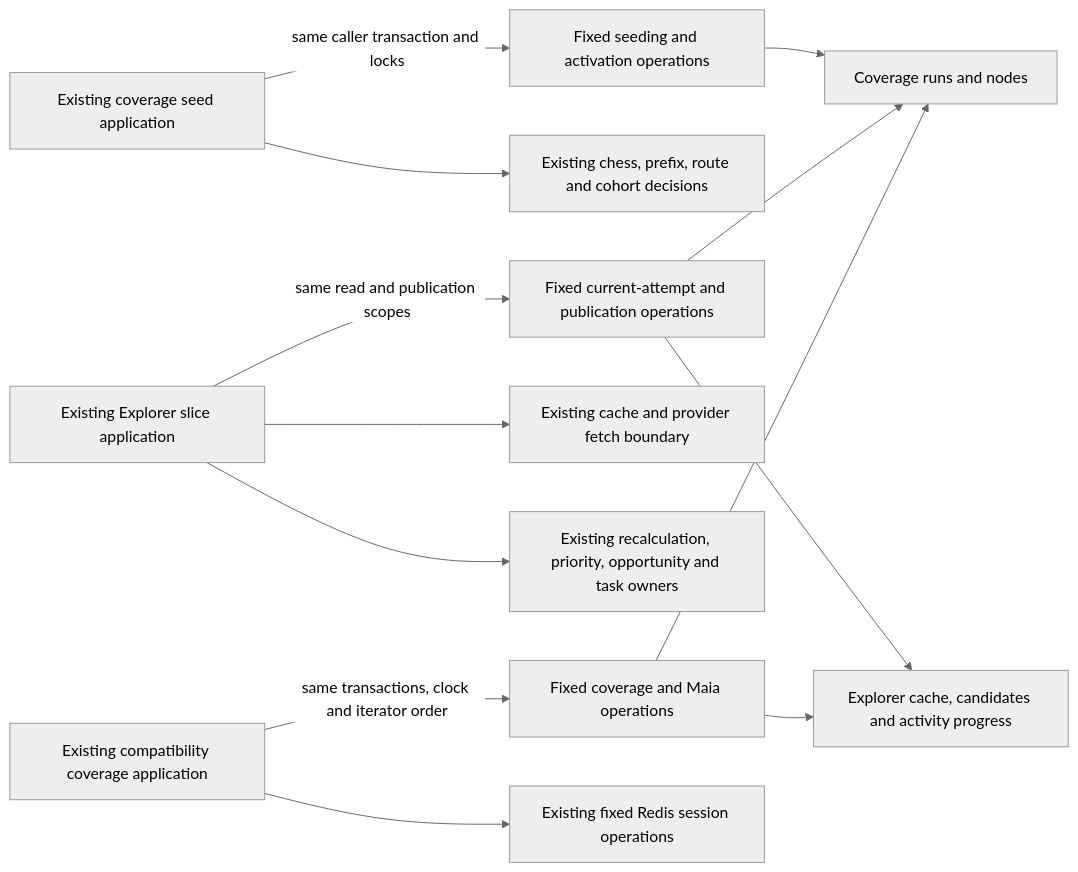
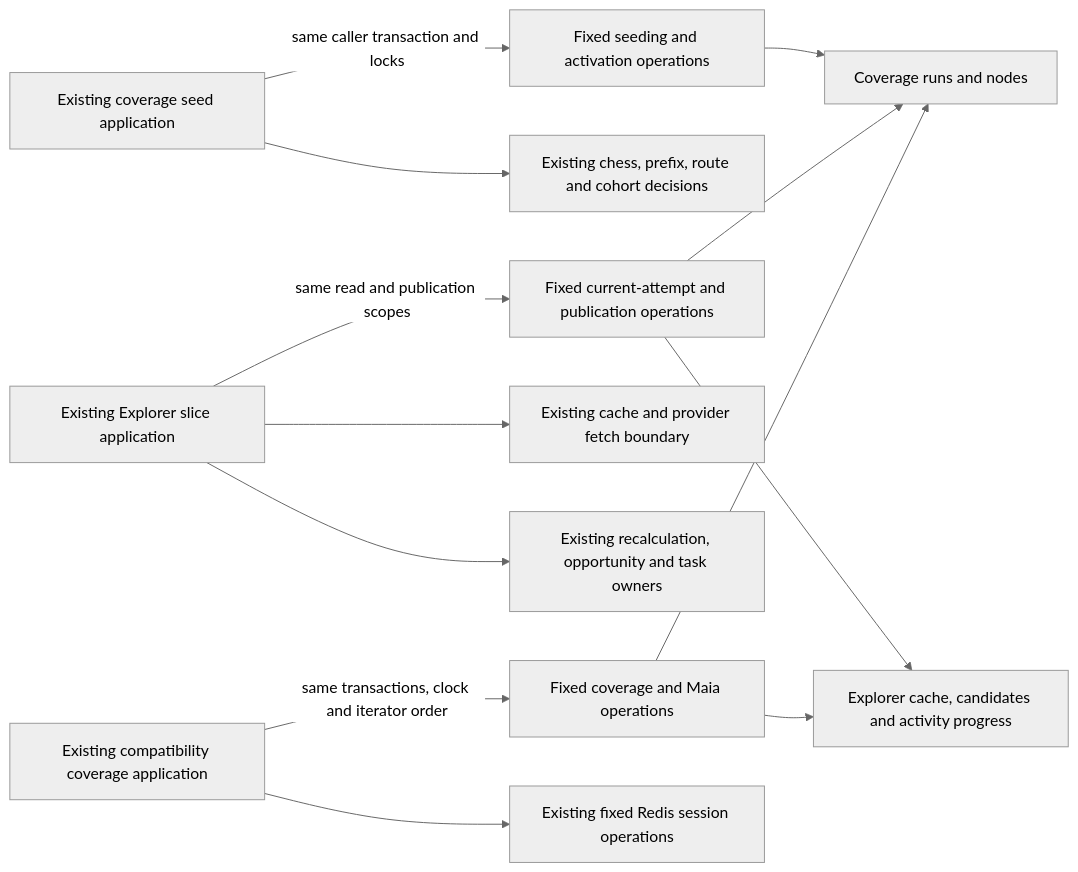
Before and after one commit to aaweaver-actuary/tempo: the diagram in database/tempo_legacy_database/adapters/coverage/README.md, drawn with Mermaid (neutral theme). The commit also changed other lines of this file and 13 other files, not shown here.

Commit message:
Retire immediate optional priority callbacks

````diff
--- a/database/tempo_legacy_database/adapters/coverage/README.md
+++ b/database/tempo_legacy_database/adapters/coverage/README.md
@@ -12,15 +12,15 @@
 ```mermaid
 flowchart LR
   seedApp[Existing coverage seed application] -->|same caller transaction and locks| seedDB[Fixed seeding and activation operations]
   seedApp --> routes[Existing chess, prefix, route and cohort decisions]
   explorerApp[Existing Explorer slice application] -->|same read and publication scopes| explorerDB[Fixed current-attempt and publication operations]
   explorerApp --> provider[Existing cache and provider fetch boundary]
-  explorerApp --> callbacks[Existing recalculation, priority, opportunity and task owners]
+  explorerApp --> callbacks[Existing recalculation, opportunity and task owners]
   seedDB --> coverage[Coverage runs and nodes]
   explorerDB --> coverage
   explorerDB --> cache[Explorer cache, candidates and activity progress]
   compatibilityApp[Existing compatibility coverage application] -->|same transactions, clock and iterator order| compatibilityDB[Fixed coverage and Maia operations]
   compatibilityDB --> coverage
   compatibilityDB --> cache
   compatibilityApp --> sessionDB[Existing fixed Redis session operations]
 ```
````
